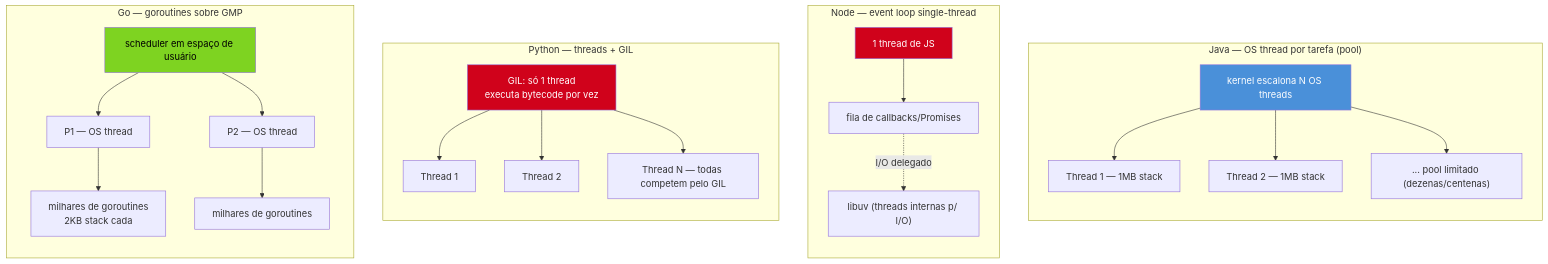
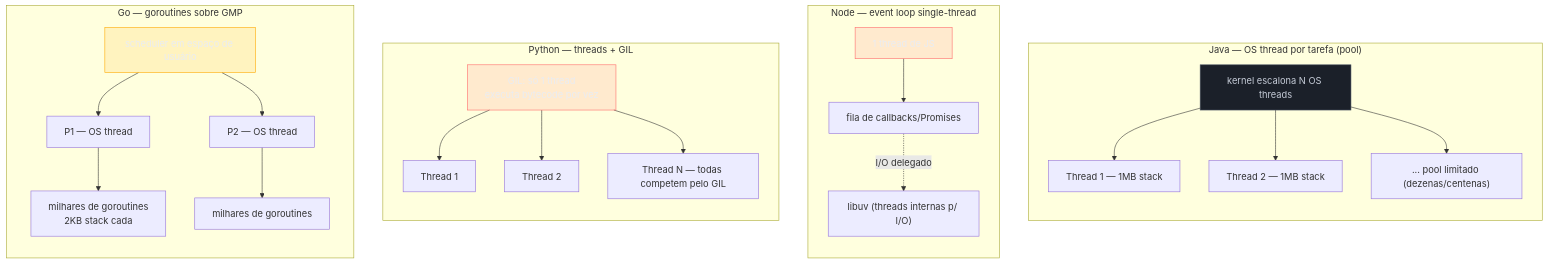
One commit to josenaldo/codex-technomanticus changed the first of 3 diagrams in 03-Dominios/Tecnologia/Go/07 - Goroutines e o scheduler/06 - Goroutines vs threads, event loop e GIL.md. Above: the diagram before and after it, drawn with Mermaid. The commit also changed other lines of this file and 1181 other files, not shown here.

First line of the commit message:
fix(diagramas): paleta do sistema no lugar de cor cravada no markdown

````diff
--- a/03-Dominios/Tecnologia/Go/07 - Goroutines e o scheduler/06 - Goroutines vs threads, event loop e GIL.md
+++ b/03-Dominios/Tecnologia/Go/07 - Goroutines e o scheduler/06 - Goroutines vs threads, event loop e GIL.md
@@ -33,39 +33,42 @@
 ```mermaid
 flowchart TB
+    classDef neutro fill:#1B2029,stroke:#4E5666,color:#C6CCD8
+    classDef falha fill:#FF6B6B24,stroke:#FF6B6B,color:#E9ECF2
+    classDef destaque fill:#FFAA0024,stroke:#FFAA00,color:#E9ECF2
     subgraph Java["Java — OS thread por tarefa (pool)"]
         direction TB
         JT["kernel escalona N OS threads"]
         JT --> J1["Thread 1 — 1MB stack"]
         JT --> J2["Thread 2 — 1MB stack"]
         JT --> J3["... pool limitado (dezenas/centenas)"]
     end
 
     subgraph Node["Node — event loop single-thread"]
         direction TB
         NL["1 thread de JS"]
         NL --> NQ["fila de callbacks/Promises"]
         NQ -.->|"I/O delegado"| NLibuv["libuv (threads internas p/ I/O)"]
     end
 
     subgraph Python["Python — threads + GIL"]
         direction TB
         PG["GIL: só 1 thread\nexecuta bytecode por vez"]
         PG --> P1["Thread 1"]
         PG --> P2["Thread 2"]
         PG --> P3["Thread N — todas competem pelo GIL"]
     end
 
     subgraph Go["Go — goroutines sobre GMP"]
         direction TB
         GM["scheduler em espaço de usuário"]
         GM --> GP1["P1 — OS thread"]
         GM --> GP2["P2 — OS thread"]
         GP1 --> GG1["milhares de goroutines\n2KB stack cada"]
         GP2 --> GG2["milhares de goroutines"]
     end
 
-    style JT fill:#4A90D9,color:#fff
-    style NL fill:#D0021B,color:#fff
-    style PG fill:#D0021B,color:#fff
-    style GM fill:#7ED321,color:#000
+    class JT neutro
+    class NL falha
+    class PG falha
+    class GM destaque
 ```
````
